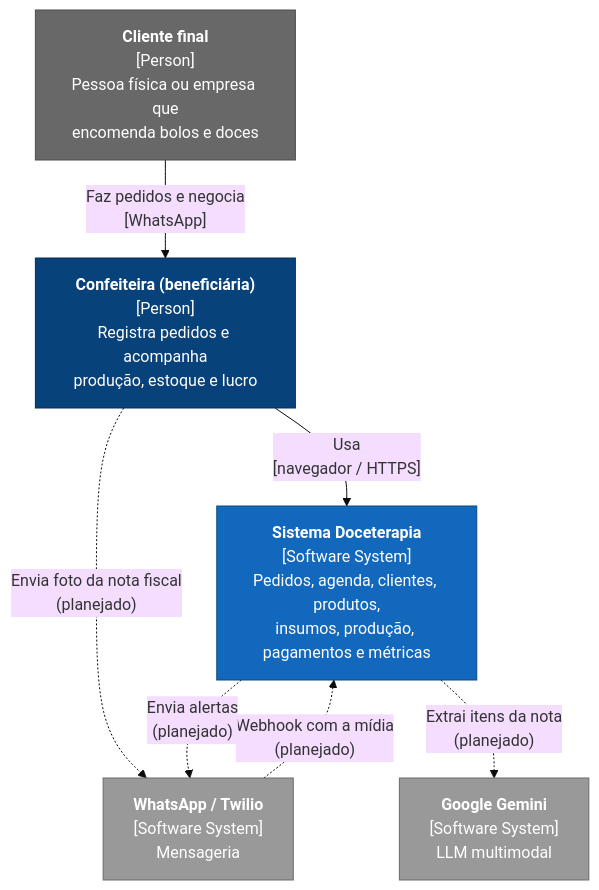
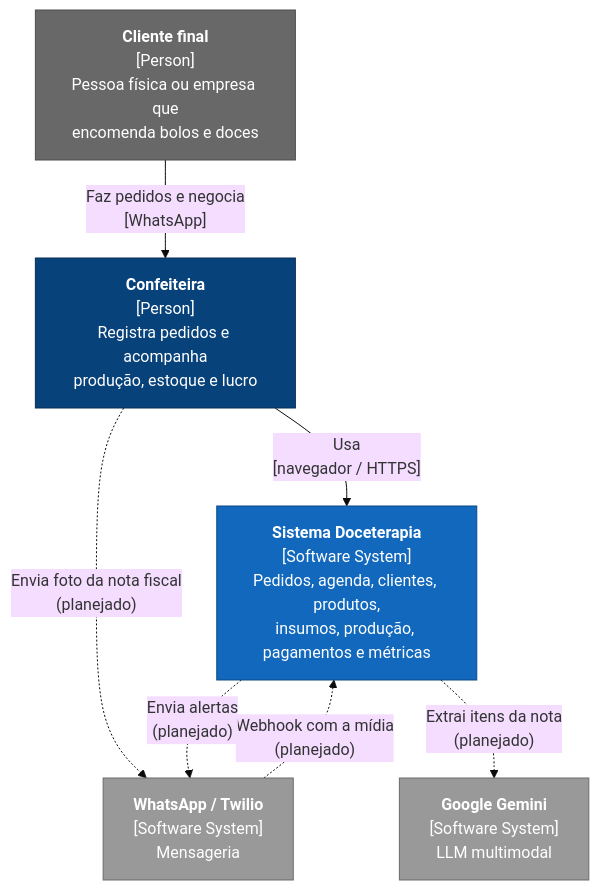
The second of 8 diagrams in docs/10-arquitetura/02-c4-model.md (projeto-doceterapia/documentacao), drawn with Mermaid (base theme) before and after one commit. The commit also changed other lines of this file and 18 other files, not shown here.

````diff
--- a/docs/10-arquitetura/02-c4-model.md
+++ b/docs/10-arquitetura/02-c4-model.md
@@ -20,20 +20,20 @@
 ```mermaid
 flowchart TB
     cliente["<b>Cliente final</b><br/>[Person]<br/>Pessoa física ou empresa que<br/>encomenda bolos e doces"]:::extperson
-    confeiteira["<b>Confeiteira (beneficiária)</b><br/>[Person]<br/>Registra pedidos e acompanha<br/>produção, estoque e lucro"]:::person
+    confeiteira["<b>Confeiteira</b><br/>[Person]<br/>Registra pedidos e acompanha<br/>produção, estoque e lucro"]:::person
     doce["<b>Sistema Doceterapia</b><br/>[Software System]<br/>Pedidos, agenda, clientes, produtos,<br/>insumos, produção, pagamentos e métricas"]:::system
     whatsapp["<b>WhatsApp / Twilio</b><br/>[Software System]<br/>Mensageria"]:::external
     gemini["<b>Google Gemini</b><br/>[Software System]<br/>LLM multimodal"]:::external
 
     cliente -- "Faz pedidos e negocia<br/>[WhatsApp]" --> confeiteira
     confeiteira -- "Usa<br/>[navegador / HTTPS]" --> doce
     confeiteira -. "Envia foto da nota fiscal<br/>(planejado)" .-> whatsapp
     whatsapp -. "Webhook com a mídia<br/>(planejado)" .-> doce
     doce -. "Envia alertas<br/>(planejado)" .-> whatsapp
     doce -. "Extrai itens da nota<br/>(planejado)" .-> gemini
 
     classDef person fill:#08427b,stroke:#052e56,color:#fff
     classDef extperson fill:#686868,stroke:#4d4d4d,color:#fff
     classDef system fill:#1168bd,stroke:#0b4884,color:#fff
     classDef external fill:#999,stroke:#6b6b6b,color:#fff
 ```
````
